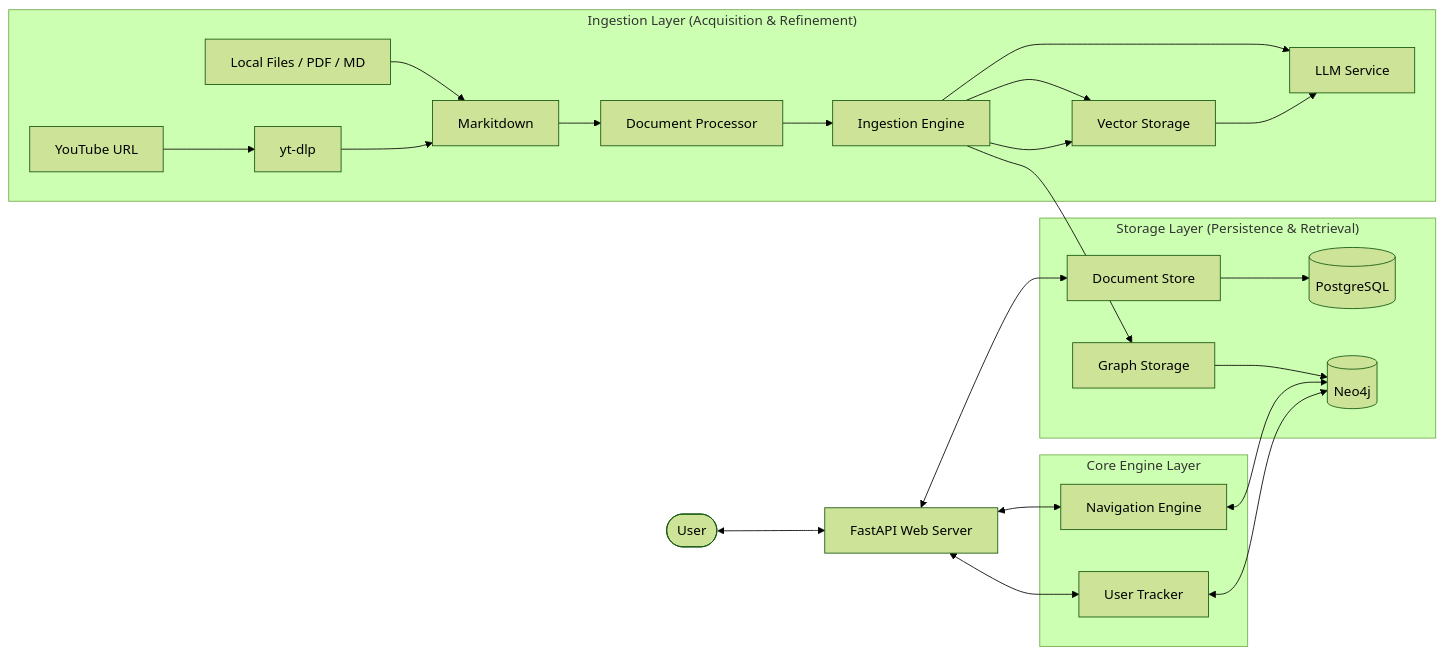
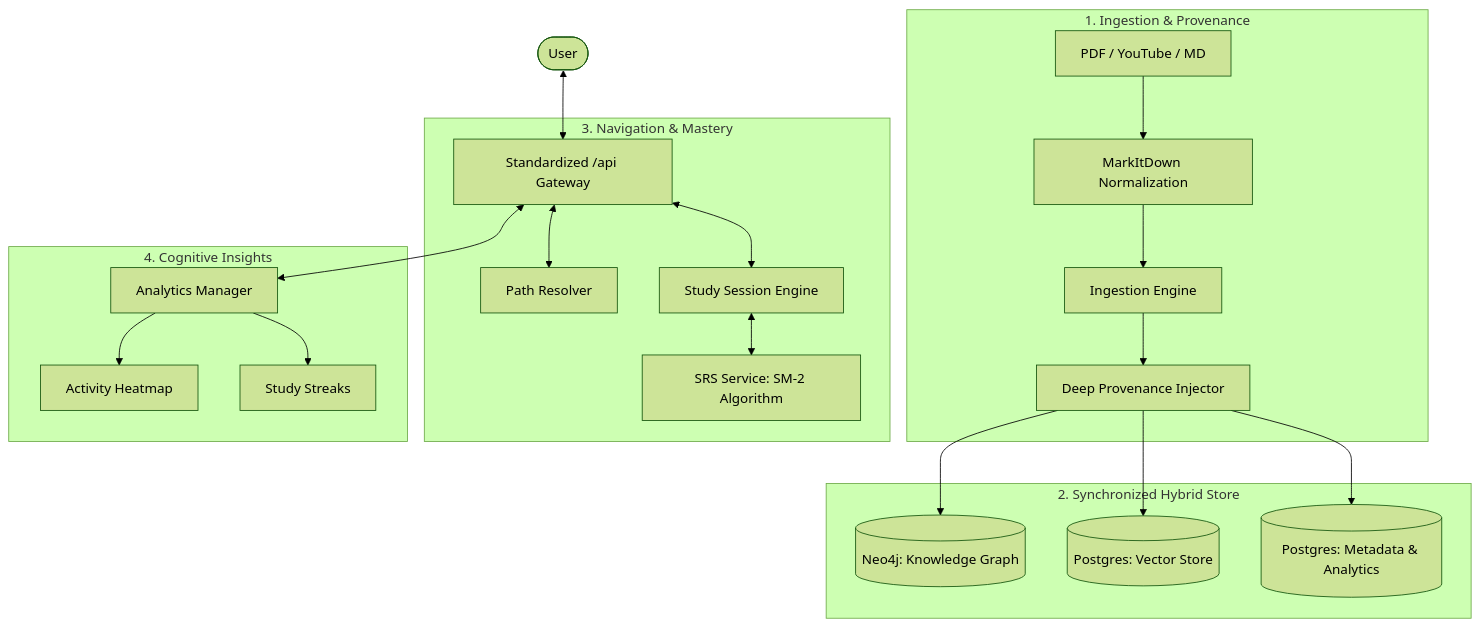
One commit to learn-faster/learn-faster-core changed the diagram in docs/WHITEPAPER.md. Above: the diagram before and after it, drawn with Mermaid (forest theme). The commit also changed other lines of this file and 1 other file, not shown here.

````diff
--- a/docs/WHITEPAPER.md
+++ b/docs/WHITEPAPER.md
@@ -12,33 +11,28 @@
 ```mermaid
-graph LR
-    User([User]) <--> API[FastAPI Web Server]
+graph TD
+    User([User]) <--> API[Standardized /api Gateway]
     
-    subgraph Ingestion_Layer ["Ingestion Layer (Acquisition & Refinement)"]
-        YT[YouTube URL] --> YTD[yt-dlp]
-        FILES[Local Files / PDF / MD] --> MID[Markitdown]
-        YTD --> MID
-        MID --> DP[Document Processor]
-        DP --> IE[Ingestion Engine]
-        IE --> LLM[LLM Service]
-        IE --> VS[Vector Storage]
-        VS --> LLM
+    subgraph Ingestion_Layer ["1. Ingestion & Provenance"]
+        Source[PDF / YouTube / MD] --> MIK[MarkItDown Normalization]
+        MIK --> IE[Ingestion Engine]
+        IE --> Prov[Deep Provenance Injector]
     end
     
-    subgraph Storage_Layer ["Storage Layer (Persistence & Retrieval)"]
-        DS[Document Store] --> PG[(PostgreSQL)]
-        IE --> VS[Vector Storage]
-        IE --> GS[Graph Storage]
-        GS --> Neo4j[(Neo4j)]
+    subgraph Storage_Layer ["2. Synchronized Hybrid Store"]
+        Prov --> Neo4j[(Neo4j: Knowledge Graph)]
+        Prov --> PGV[(Postgres: Vector Store)]
+        Prov --> PGM[(Postgres: Metadata & Analytics)]
     end
     
-    subgraph Engine_Layer ["Core Engine Layer"]
-        NE[Navigation Engine]
-        UT[User Tracker]
+    subgraph Learning_Layer ["3. Navigation & Mastery"]
+        API <--> PR[Path Resolver]
+        API <--> SS[Study Session Engine]
+        SS <--> SRS[SRS Service: SM-2 Algorithm]
     end
     
-    API <--> NE
-    API <--> UT
-    API <--> DS
-    NE <--> Neo4j
-    UT <--> Neo4j
+    subgraph Analytics_Layer ["4. Cognitive Insights"]
+        API <--> AM[Analytics Manager]
+        AM --> Heatmap[Activity Heatmap]
+        AM --> Streak[Study Streaks]
+    end
 ```
````
